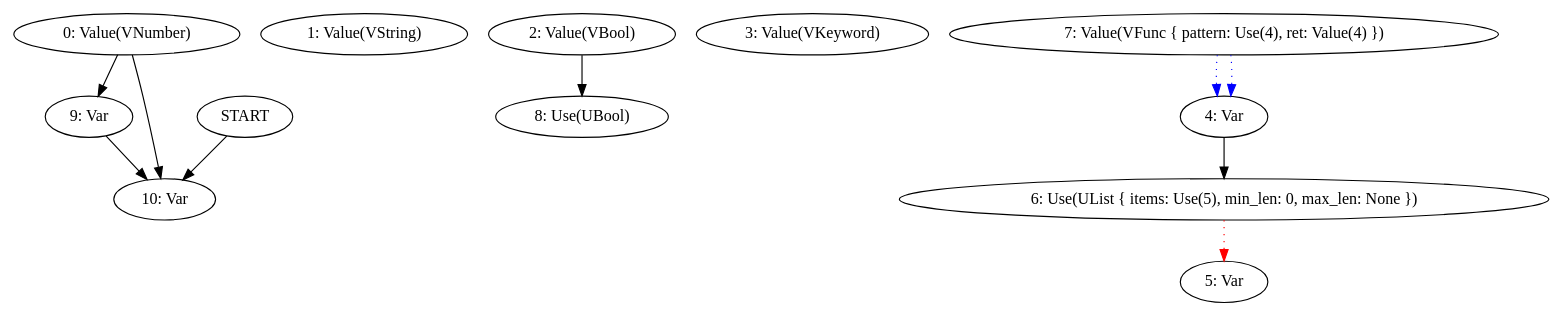
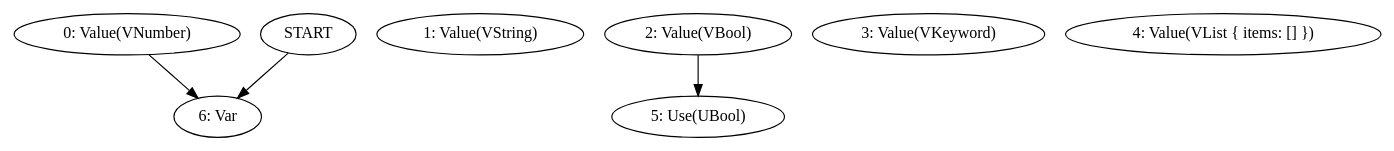
One commit to frondeus/project-s changed the first of 2 diagrams in docs/log/2025-06-16.md. Above: the diagram before and after it, drawn with Graphviz. The commit also changed other lines of this file and 15 other files, not shown here.

````diff
--- a/docs/log/2025-06-16.md
+++ b/docs/log/2025-06-16.md
@@ -16,25 +16,15 @@
 ```graphviz
 digraph G {
 N0 [label="0: Value(VNumber)"];
 N1 [label="1: Value(VString)"];
 N2 [label="2: Value(VBool)"];
 N3 [label="3: Value(VKeyword)"];
-N4 [label="4: Var"];
-N5 [label="5: Var"];
-N6 [label="6: Use(UList { items: Use(5), min_len: 0, max_len: None })"];
-N7 [label="7: Value(VFunc { pattern: Use(4), ret: Value(4) })"];
-N8 [label="8: Use(UBool)"];
-N9 [label="9: Var"];
-N10 [label="10: Var"];
-START -> N10
-N6 -> N5 [color=red, style=dotted];
-N7 -> N4 [color=blue, style=dotted];
-N7 -> N4 [color=blue, style=dotted];
-N0 -> N9;
-N0 -> N10;
-N2 -> N8;
-N4 -> N6;
-N9 -> N10;
+N4 [label="4: Value(VList { items: [] })"];
+N5 [label="5: Use(UBool)"];
+N6 [label="6: Var"];
+START -> N6
+N0 -> N6;
+N2 -> N5;
 }
 
 ```
````
